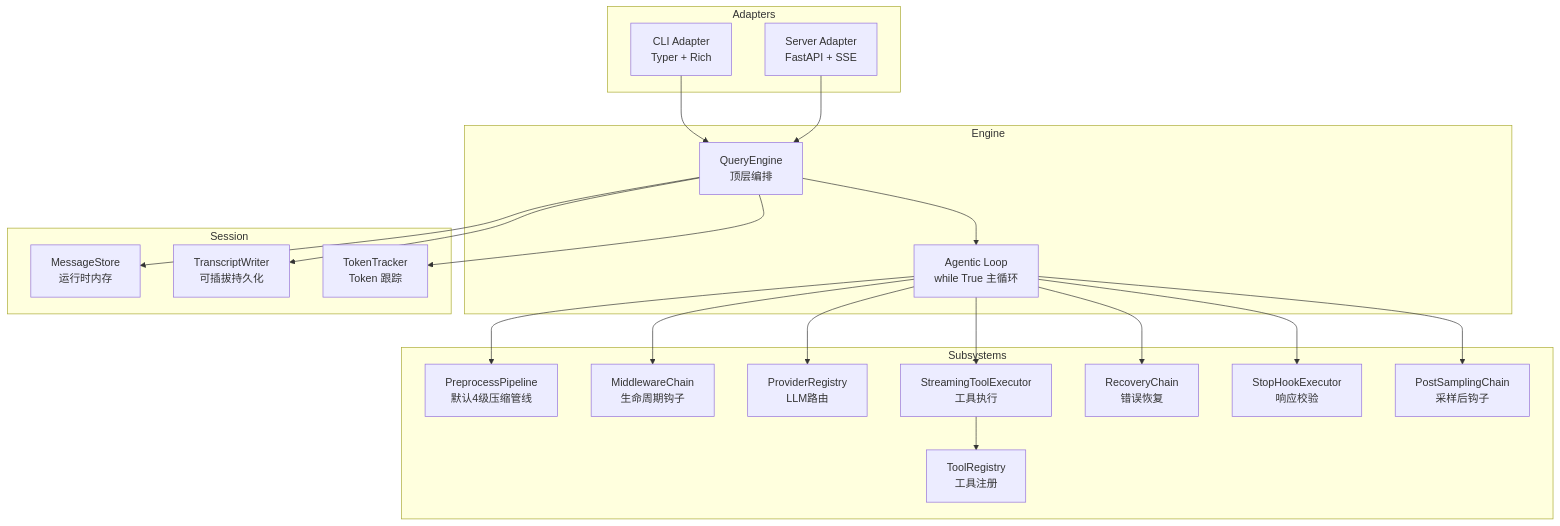
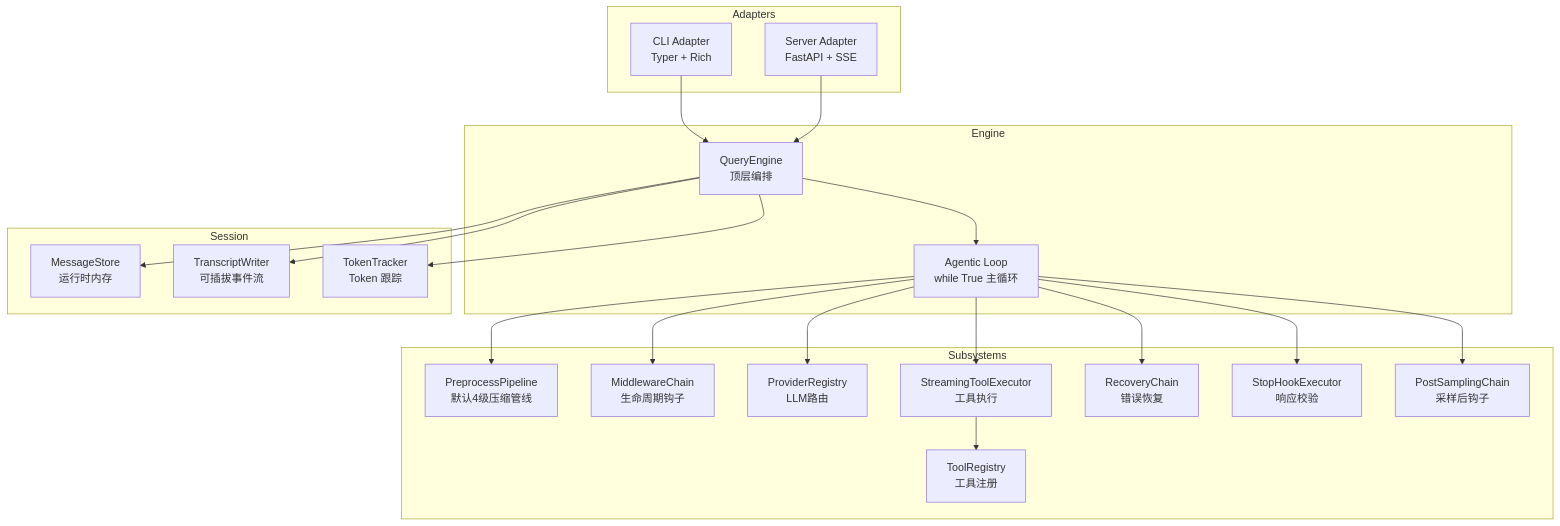
Before and after one commit to DawnOf1996/nono-agent: the first of 6 diagrams in docs/NonoAgent-Architecture.md, drawn with Mermaid. The commit also changed other lines of this file and 49 other files, not shown here.

````diff
--- a/docs/NonoAgent-Architecture.md
+++ b/docs/NonoAgent-Architecture.md
@@ -191,44 +191,44 @@
 ```mermaid
 graph TB
     subgraph Adapters
         CLI[CLI Adapter<br/>Typer + Rich]
         Server[Server Adapter<br/>FastAPI + SSE]
     end
 
     subgraph Engine
         QE[QueryEngine<br/>顶层编排]
         AL[Agentic Loop<br/>while True 主循环]
     end
 
     subgraph Subsystems
         PP[PreprocessPipeline<br/>默认4级压缩管线]
         MW[MiddlewareChain<br/>生命周期钩子]
         PR[ProviderRegistry<br/>LLM路由]
         TR[ToolRegistry<br/>工具注册]
         TE[StreamingToolExecutor<br/>工具执行]
         RC[RecoveryChain<br/>错误恢复]
         SH[StopHookExecutor<br/>响应校验]
         PS[PostSamplingChain<br/>采样后钩子]
     end
 
     subgraph Session
         MS[MessageStore<br/>运行时内存]
-        TW[TranscriptWriter<br/>可插拔持久化]
+        TW[TranscriptWriter<br/>可插拔事件流]
         TT[TokenTracker<br/>Token 跟踪]
     end
 
     CLI --> QE
     Server --> QE
     QE --> AL
     AL --> PP
     AL --> MW
     AL --> PR
     AL --> TE
     AL --> RC
     AL --> SH
     AL --> PS
     TE --> TR
     QE --> MS
     QE --> TW
     QE --> TT
 ```
````
